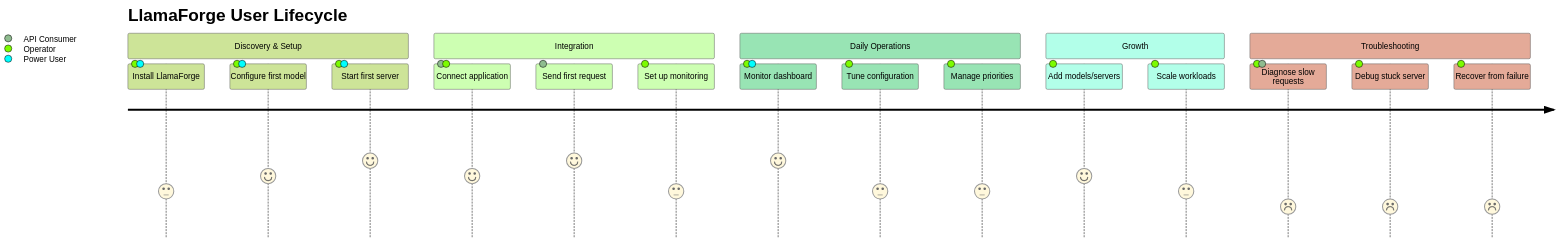
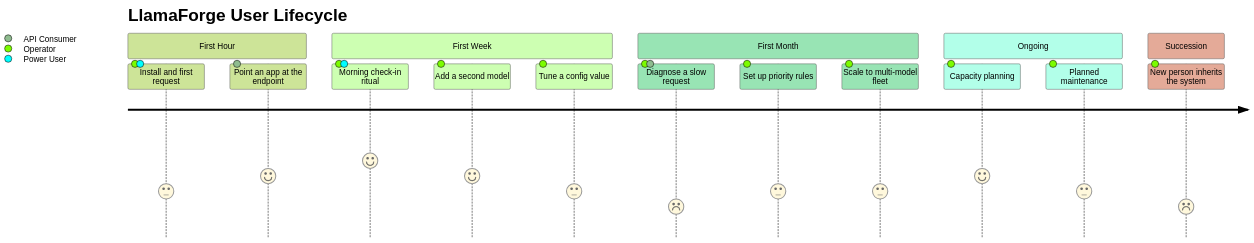
Before and after one commit to Doom325/llama-forge: the second of 16 diagrams in docs/USER_JOURNEYS.md, drawn with Mermaid (forest theme). The commit also changed other lines of this file, not shown here.

Commit message:
User journeys v0.2.0

````diff
--- a/docs/USER_JOURNEYS.md
+++ b/docs/USER_JOURNEYS.md
@@ -116,23 +123,20 @@
 ```mermaid
 journey
     title LlamaForge User Lifecycle
-    section Discovery & Setup
-      Install LlamaForge: 3: Operator, Power User
-      Configure first model: 4: Operator, Power User
-      Start first server: 5: Operator, Power User
-    section Integration
-      Connect application: 4: API Consumer, Operator
-      Send first request: 5: API Consumer
-      Set up monitoring: 3: Operator
-    section Daily Operations
-      Monitor dashboard: 5: Operator, Power User
-      Tune configuration: 3: Operator
-      Manage priorities: 3: Operator
-    section Growth
-      Add models/servers: 4: Operator
-      Scale workloads: 3: Operator
-    section Troubleshooting
-      Diagnose slow requests: 2: Operator, API Consumer
-      Debug stuck server: 2: Operator
-      Recover from failure: 2: Operator
+    section First Hour
+      Install and first request: 3: Operator, Power User
+      Point an app at the endpoint: 4: API Consumer
+    section First Week
+      Morning check-in ritual: 5: Operator, Power User
+      Add a second model: 4: Operator
+      Tune a config value: 3: Operator
+    section First Month
+      Diagnose a slow request: 2: Operator, API Consumer
+      Set up priority rules: 3: Operator
+      Scale to multi-model fleet: 3: Operator
+    section Ongoing
+      Capacity planning: 4: Operator
+      Planned maintenance: 3: Operator
+    section Succession
+      New person inherits the system: 2: Operator
 ```
````
